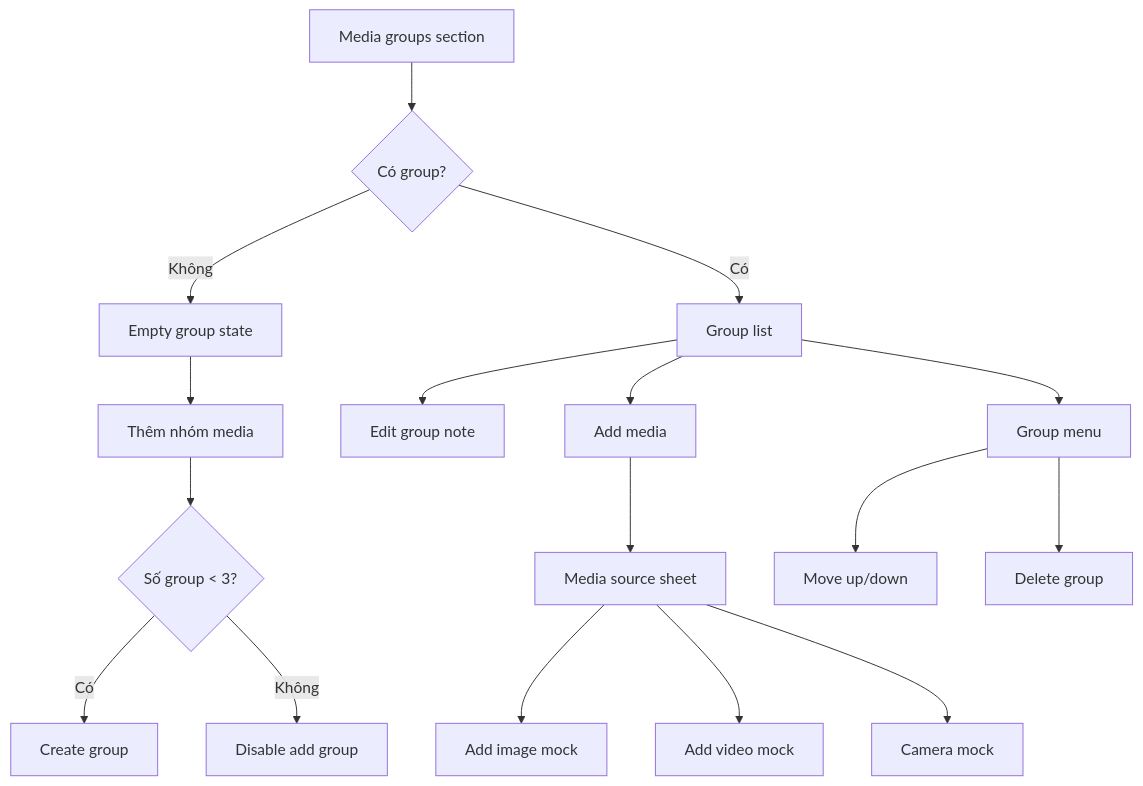
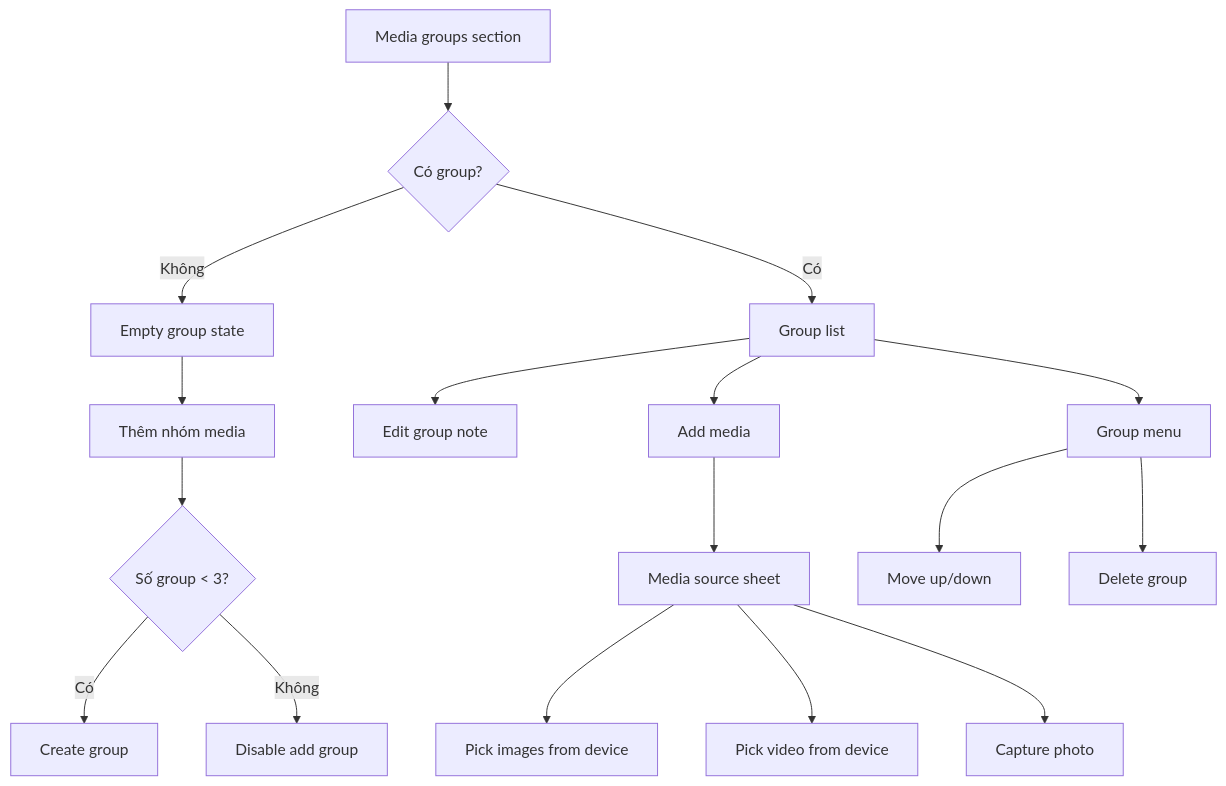
Before and after one commit to lehung1006/love-journal: the fourth of 4 diagrams in docs/designs/love-journal-current-ui-ux.md, drawn with Mermaid. The commit also changed other lines of this file and 79 other files, not shown here.

````diff
--- a/docs/designs/love-journal-current-ui-ux.md
+++ b/docs/designs/love-journal-current-ui-ux.md
@@ -694,22 +809,22 @@
 ```mermaid
 flowchart TD
   A["Media groups section"] --> B{"Có group?"}
   B -->|"Không"| C["Empty group state"]
   C --> D["Thêm nhóm media"]
   B -->|"Có"| E["Group list"]
 
   D --> F{"Số group < 3?"}
   F -->|"Có"| G["Create group"]
   F -->|"Không"| H["Disable add group"]
 
   E --> I["Edit group note"]
   E --> J["Add media"]
   J --> K["Media source sheet"]
-  K --> L["Add image mock"]
-  K --> M["Add video mock"]
-  K --> N["Camera mock"]
+  K --> L["Pick images from device"]
+  K --> M["Pick video from device"]
+  K --> N["Capture photo"]
 
   E --> O["Group menu"]
   O --> P["Move up/down"]
   O --> Q["Delete group"]
 ```
````
